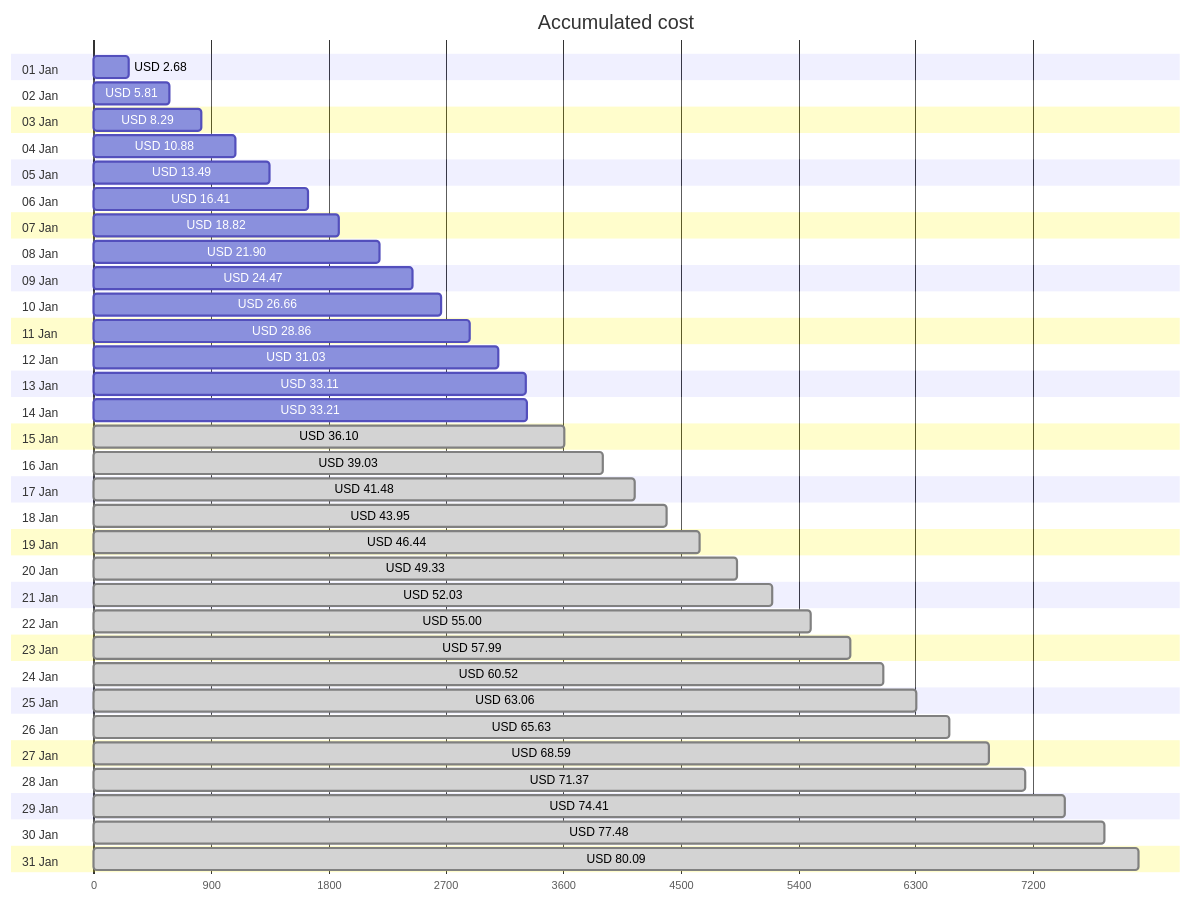
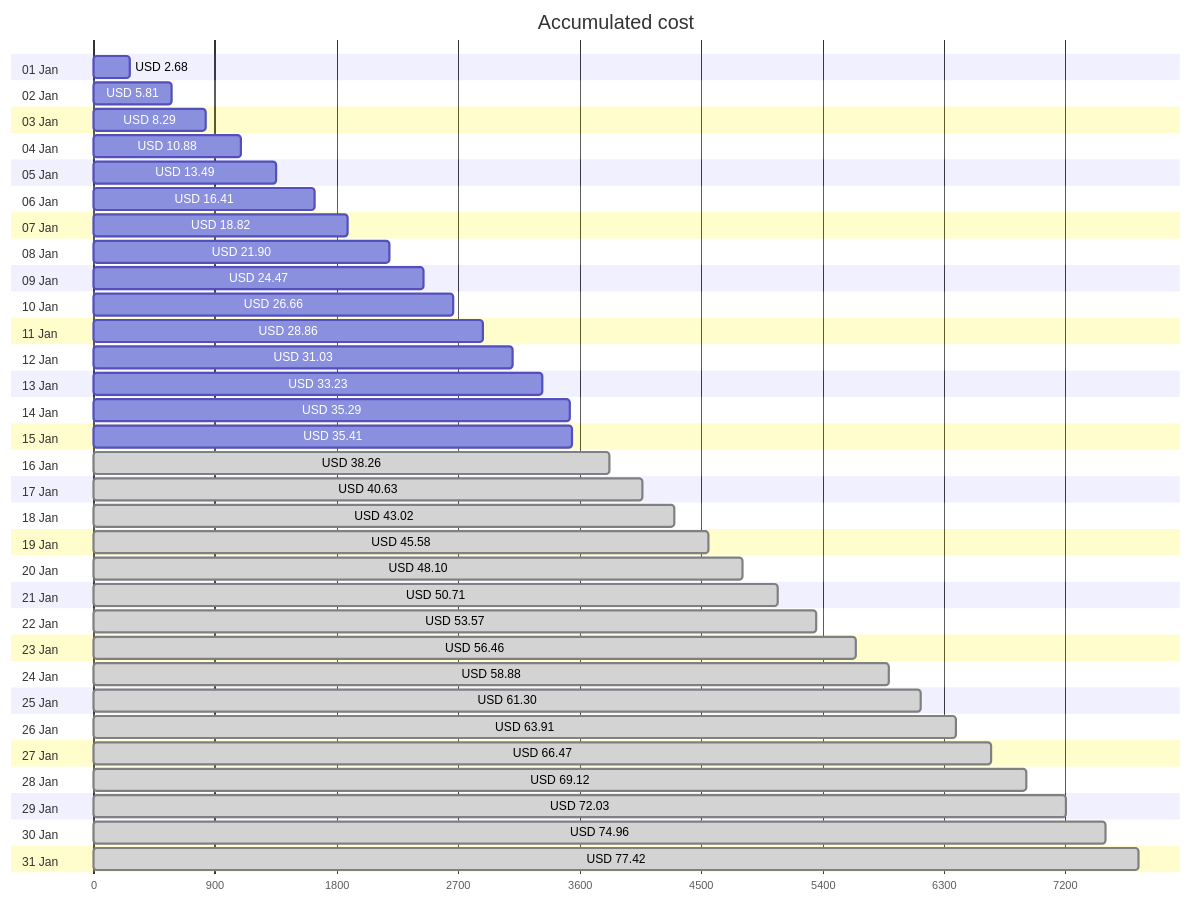
One commit to jpfulton/azure-personal-reports changed the first of 4 diagrams in cost-reports/accumulated-cost.md. Above: the diagram before and after it, drawn with Mermaid. The commit also changed other lines of this file and 4 other files, not shown here.

````diff
--- a/cost-reports/accumulated-cost.md
+++ b/cost-reports/accumulated-cost.md
@@ -20,68 +20,68 @@
 ```mermaid
 gantt
    title Accumulated cost
    dateFormat  X
    axisFormat %s
    section 01 Jan
    USD 2.68 :0, 268
    section 02 Jan
    USD 5.81 :0, 581
    section 03 Jan
    USD 8.29 :0, 829
    section 04 Jan
    USD 10.88 :0, 1088
    section 05 Jan
    USD 13.49 :0, 1349
    section 06 Jan
    USD 16.41 :0, 1641
    section 07 Jan
    USD 18.82 :0, 1882
    section 08 Jan
    USD 21.90 :0, 2190
    section 09 Jan
    USD 24.47 :0, 2447
    section 10 Jan
    USD 26.66 :0, 2666
    section 11 Jan
    USD 28.86 :0, 2886
    section 12 Jan
    USD 31.03 :0, 3103
    section 13 Jan
-   USD 33.11 :0, 3311
+   USD 33.23 :0, 3323
    section 14 Jan
-   USD 33.21 :0, 3321
+   USD 35.29 :0, 3529
    section 15 Jan
-   USD 36.10 : done, 0, 3610
+   USD 35.41 :0, 3541
    section 16 Jan
-   USD 39.03 : done, 0, 3903
+   USD 38.26 : done, 0, 3826
    section 17 Jan
-   USD 41.48 : done, 0, 4148
+   USD 40.63 : done, 0, 4063
    section 18 Jan
-   USD 43.95 : done, 0, 4395
+   USD 43.02 : done, 0, 4302
    section 19 Jan
-   USD 46.44 : done, 0, 4644
+   USD 45.58 : done, 0, 4558
    section 20 Jan
-   USD 49.33 : done, 0, 4933
+   USD 48.10 : done, 0, 4810
    section 21 Jan
-   USD 52.03 : done, 0, 5203
+   USD 50.71 : done, 0, 5071
    section 22 Jan
-   USD 55.00 : done, 0, 5500
+   USD 53.57 : done, 0, 5357
    section 23 Jan
-   USD 57.99 : done, 0, 5799
+   USD 56.46 : done, 0, 5646
    section 24 Jan
-   USD 60.52 : done, 0, 6052
+   USD 58.88 : done, 0, 5888
    section 25 Jan
-   USD 63.06 : done, 0, 6306
+   USD 61.30 : done, 0, 6130
    section 26 Jan
-   USD 65.63 : done, 0, 6563
+   USD 63.91 : done, 0, 6391
    section 27 Jan
-   USD 68.59 : done, 0, 6859
+   USD 66.47 : done, 0, 6647
    section 28 Jan
-   USD 71.37 : done, 0, 7137
+   USD 69.12 : done, 0, 6912
    section 29 Jan
-   USD 74.41 : done, 0, 7441
+   USD 72.03 : done, 0, 7203
    section 30 Jan
-   USD 77.48 : done, 0, 7748
+   USD 74.96 : done, 0, 7496
    section 31 Jan
-   USD 80.09 : done, 0, 8009
+   USD 77.42 : done, 0, 7742
 ```
````
